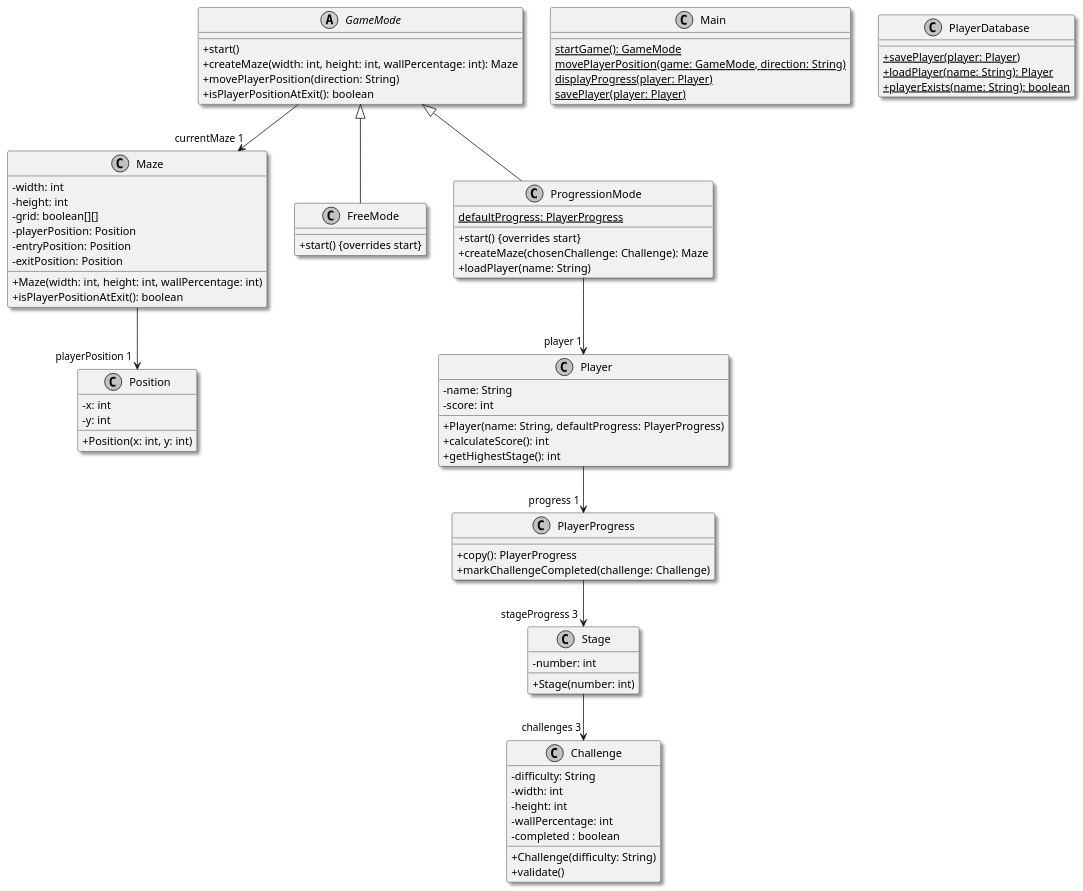
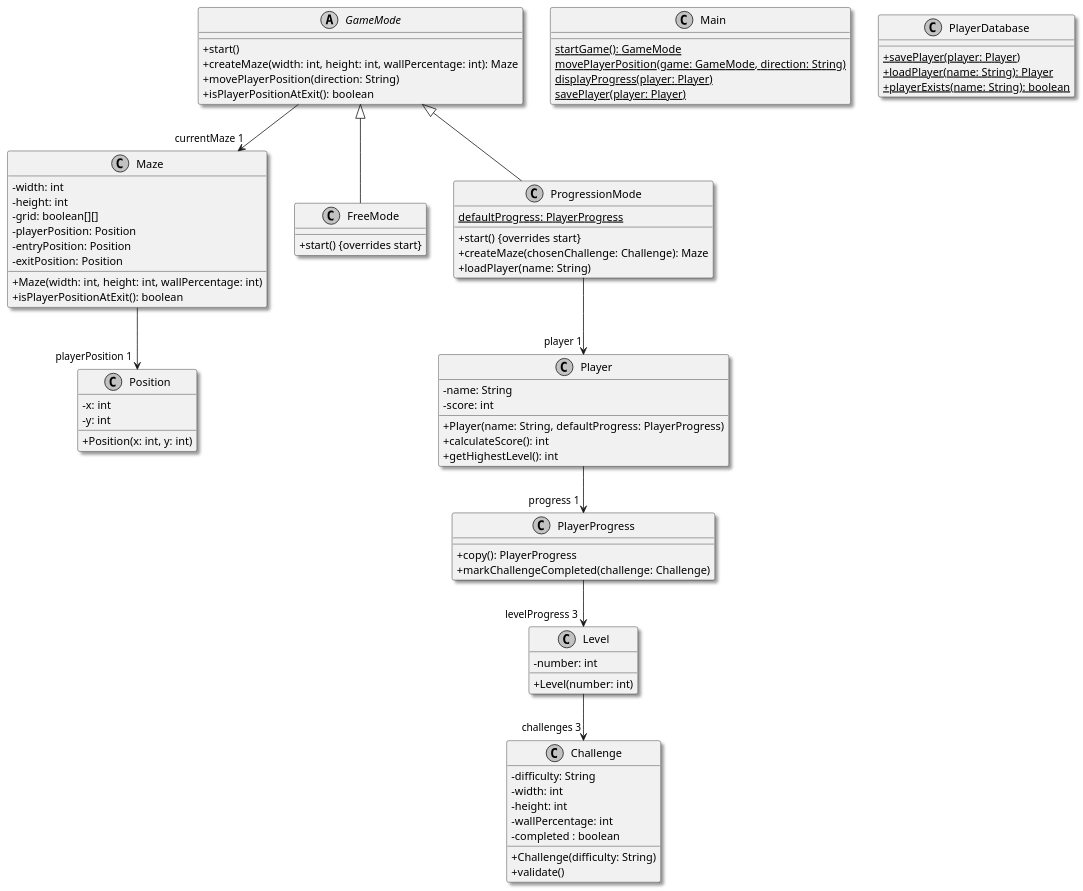
One commit to blavogiez/developpement-modulab-Semestre3 changed the diagram in labyrinth/reflexion3.puml. Above: the diagram before and after it, drawn with PlantUML. The commit also changed 6 other files, not shown here.

```diff
--- a/labyrinth/reflexion3.puml
+++ b/labyrinth/reflexion3.puml
@@ -1,92 +1,92 @@
 @startuml
 skinparam monochrome true
 skinparam shadowing true
 skinparam classAttributeIconSize 0
 
 class Maze {
   - width: int
   - height: int
   - grid: boolean[][]
   - playerPosition: Position
   - entryPosition: Position
   - exitPosition: Position
   + Maze(width: int, height: int, wallPercentage: int)
   + isPlayerPositionAtExit(): boolean
 }
 
 class Player {
   - name: String
   - score: int
   + Player(name: String, defaultProgress: PlayerProgress)
   + calculateScore(): int
-  + getHighestStage(): int
+  + getHighestLevel(): int
 }
 
 class PlayerProgress {
   + copy(): PlayerProgress
   + markChallengeCompleted(challenge: Challenge)
 }
 
 class Position {
   - x: int
   - y: int
   + Position(x: int, y: int)
 }
 
 abstract class GameMode {
   + start()
   + createMaze(width: int, height: int, wallPercentage: int): Maze
   + movePlayerPosition(direction: String)
   + isPlayerPositionAtExit(): boolean
 }
 
 class FreeMode {
   + start() {overrides start}
 }
 
 class ProgressionMode {
   + start() {overrides start}
   + createMaze(chosenChallenge: Challenge): Maze
   + loadPlayer(name: String)
   {static} defaultProgress: PlayerProgress
 }
 
-class Stage {
+class Level {
   - number: int
-  + Stage(number: int)
+  + Level(number: int)
 }
 
 class Challenge {
   - difficulty: String
   - width: int
   - height: int
   - wallPercentage: int
   - completed : boolean
   + Challenge(difficulty: String)
   + validate()
 }
 
 class Main {
   {static} startGame(): GameMode
   {static} movePlayerPosition(game: GameMode, direction: String)
   {static} displayProgress(player: Player)
   {static} savePlayer(player: Player)
  
   'displayProgress(player: Player)'
 }
 
 class PlayerDatabase {
   {static} + savePlayer(player: Player)
   {static} + loadPlayer(name: String): Player
   {static} + playerExists(name: String): boolean
 }
 
 Maze --> "playerPosition 1" Position
 GameMode --> "currentMaze 1" Maze
 GameMode <|-- FreeMode
 GameMode <|-- ProgressionMode
 ProgressionMode --> "player 1" Player
-Stage --> "challenges 3" Challenge
+Level --> "challenges 3" Challenge
 Player --> "progress 1" PlayerProgress
-PlayerProgress --> "stageProgress 3" Stage
+PlayerProgress --> "levelProgress 3" Level
 @enduml
```
